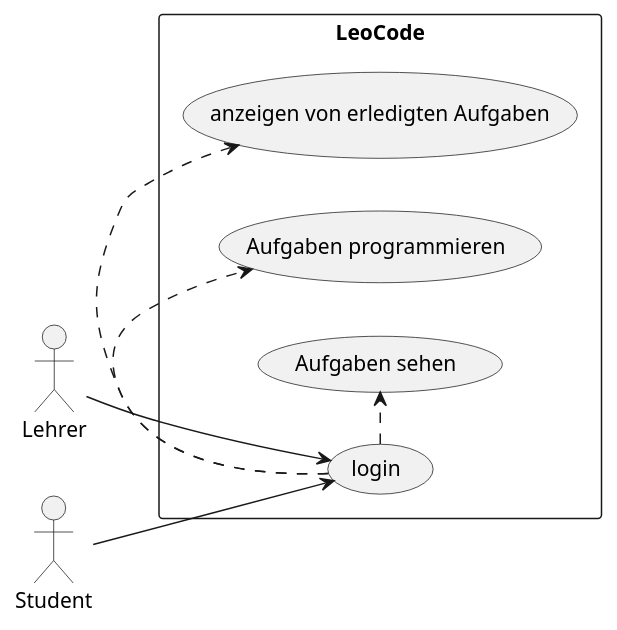
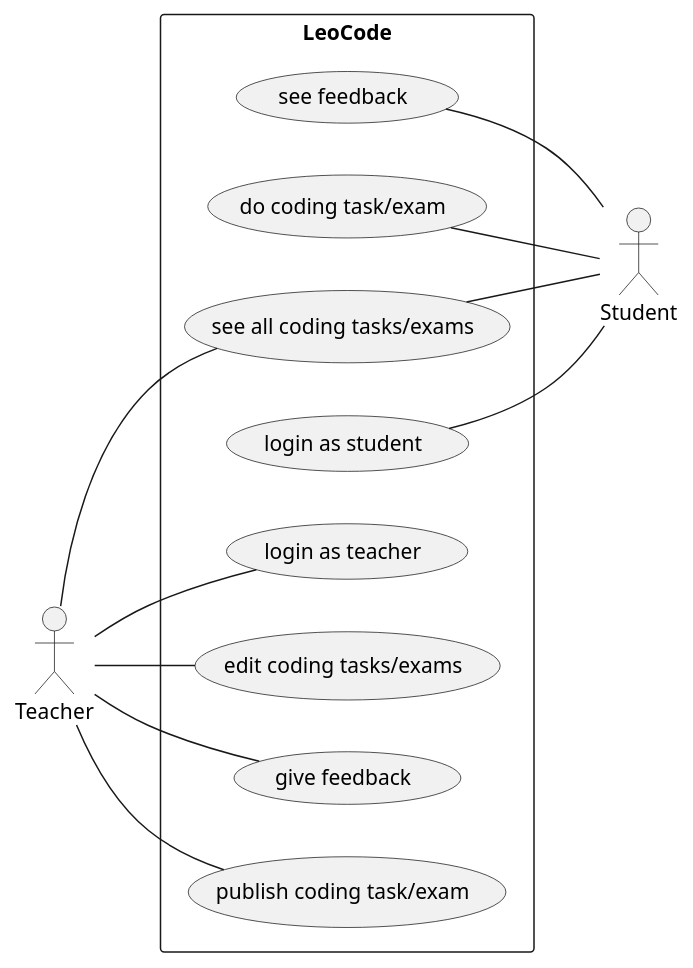
One commit to htl-leonding-project/leo-code changed the first of 2 diagrams in asciidocs/system-specification.adoc. Above: the diagram before and after it, drawn with PlantUML. The commit also changed other lines of this file, not shown here.

```diff
--- a/asciidocs/system-specification.adoc
+++ b/asciidocs/system-specification.adoc
@@ -51,21 +51,26 @@
-[plantuml,ucd,png]
+[plantuml]
 ----
+
 @startuml
+
 left to right direction
-:Lehrer:
 :Student:
+:Teacher:
+rectangle LeoCode{
 
-rectangle LeoCode{
-Student --> (login)
-Lehrer --> (login)
+Student -up- (login as student)
+Student -up- (see all coding tasks/exams)
+Student -up- (do coding task/exam)
+Student -up- (see feedback)
 
-(login) .> (anzeigen von erledigten Aufgaben)
-        (login) .> (Aufgaben programmieren)
-        (login) .> (Aufgaben sehen)
-
+Teacher -down- (login as teacher)
+Teacher -down- (see all coding tasks/exams)
+Teacher -down- (edit coding tasks/exams)
+Teacher -down- (give feedback)
+Teacher -down- (publish coding task/exam)
 
 
 }
 
 @enduml
 ----
```
